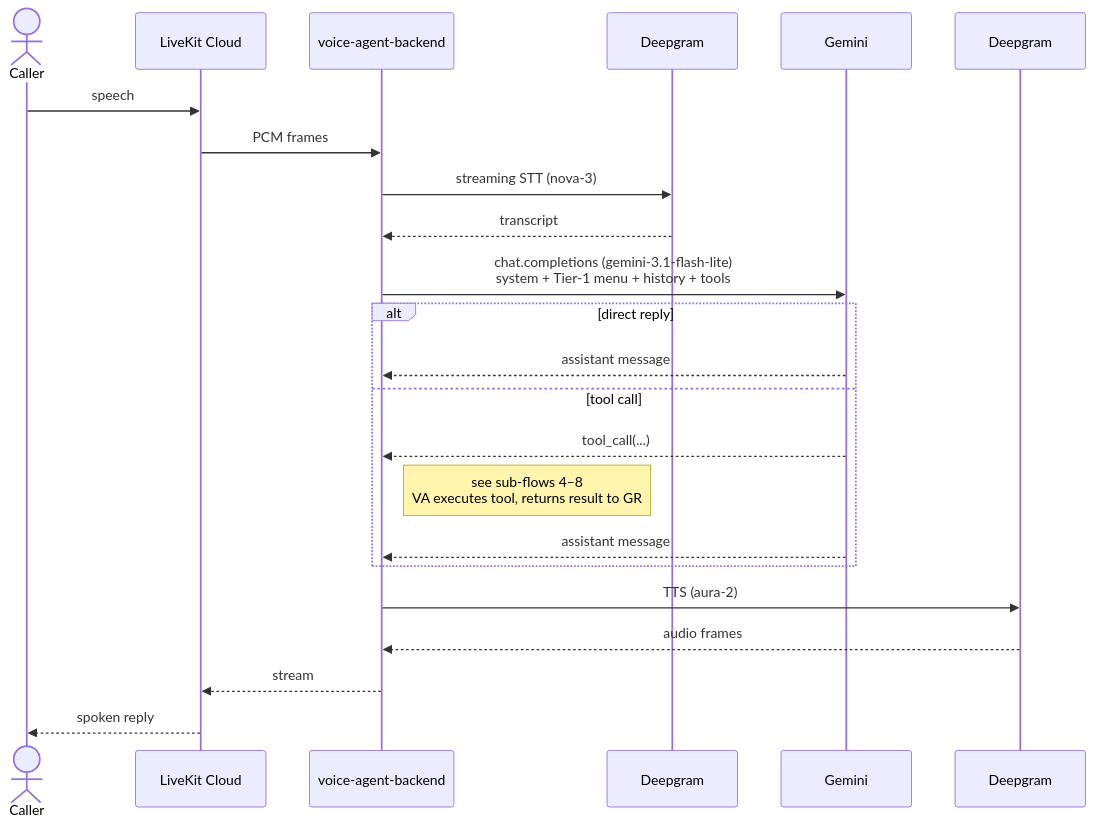
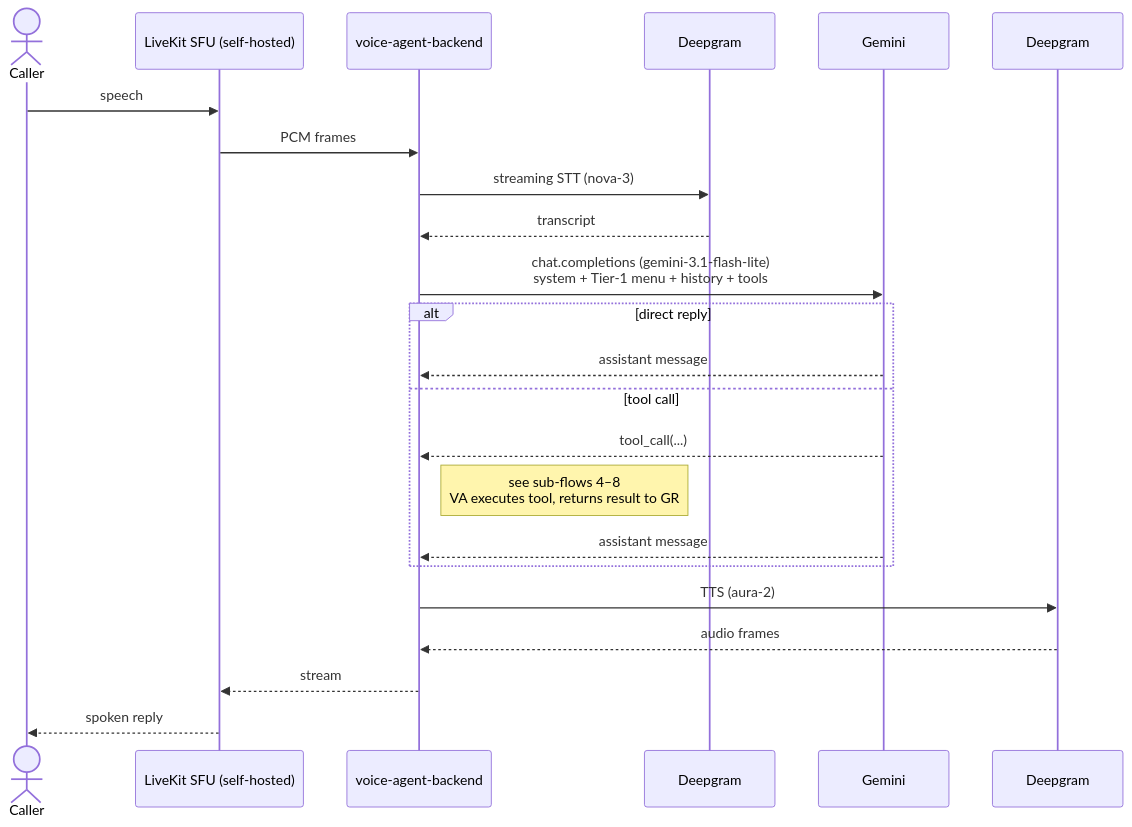
One commit to voco-dine/org-wiki changed the third of 10 diagrams in docs/system-specification/sequence.md. Above: the diagram before and after it, drawn with Mermaid. The commit also changed other lines of this file, not shown here.

First line of the commit message:
docs(sequence): self-hosted LiveKit SIP + SFU at call entry points

````diff
--- a/docs/system-specification/sequence.md
+++ b/docs/system-specification/sequence.md
@@ -80,26 +87,26 @@
 ```mermaid
 sequenceDiagram
     actor Caller
-    participant LK as LiveKit Cloud
+    participant LK as LiveKit SFU (self-hosted)
     participant VA as voice-agent-backend
     participant DG as Deepgram
     participant GR as Gemini
     participant CT as Deepgram
 
     Caller->>LK: speech
     LK->>VA: PCM frames
     VA->>DG: streaming STT (nova-3)
     DG-->>VA: transcript
     VA->>GR: chat.completions (gemini-3.1-flash-lite)<br/>system + Tier-1 menu + history + tools
     alt direct reply
         GR-->>VA: assistant message
     else tool call
         GR-->>VA: tool_call(...)
         Note right of VA: see sub-flows 4–8<br/>VA executes tool, returns result to GR
         GR-->>VA: assistant message
     end
     VA->>CT: TTS (aura-2)
     CT-->>VA: audio frames
     VA-->>LK: stream
     LK-->>Caller: spoken reply
 ```
````
